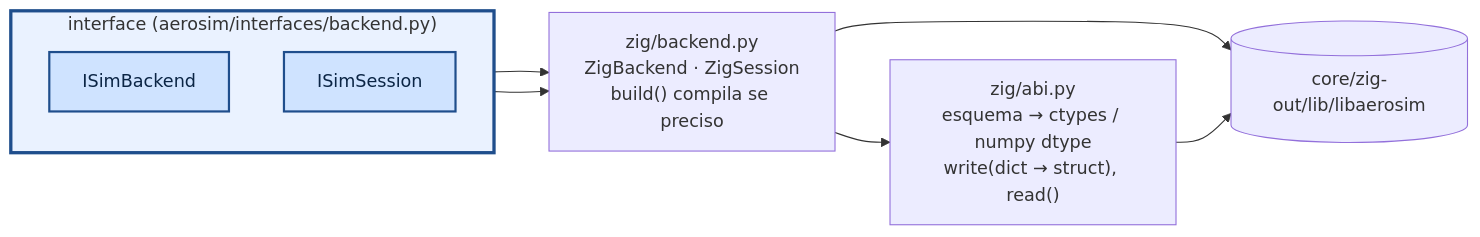
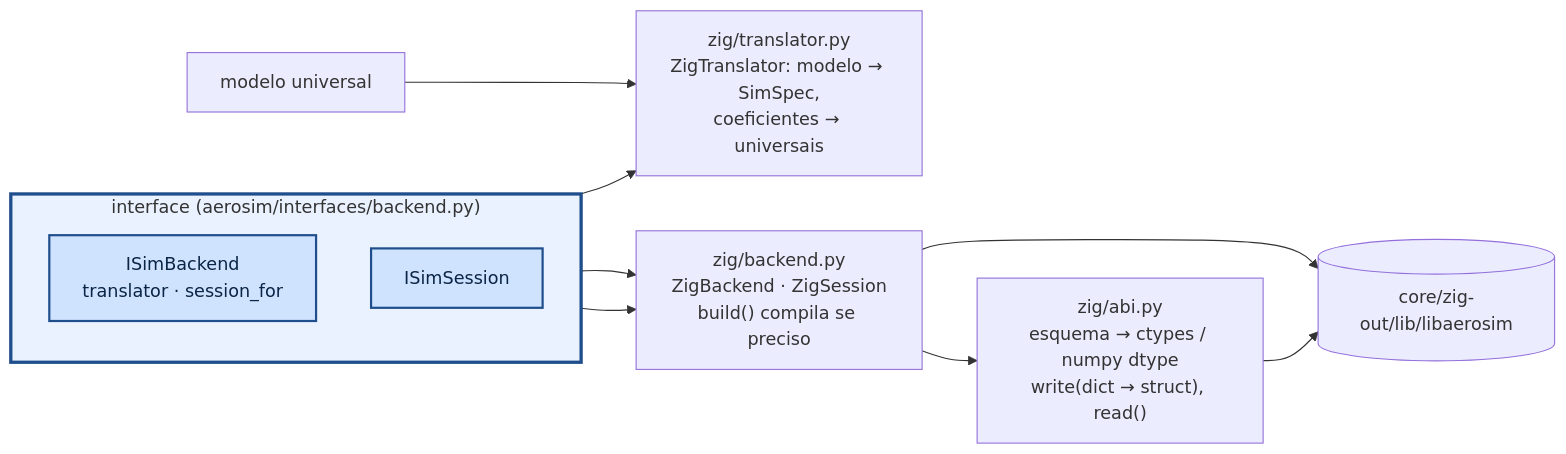
Before and after one commit to vitordallolivo/AircraftSimulation: the diagram in aerosim/backend/README.md, drawn with Mermaid. The commit also changed other lines of this file and 53 other files, not shown here.

First line of the commit message:
Modelo universal único + tradutores por solver (sem duplicação do avião)

````diff
--- a/aerosim/backend/README.md
+++ b/aerosim/backend/README.md
@@ -7,19 +10,21 @@
 ```mermaid
 flowchart LR
     subgraph API["interface (aerosim/interfaces/backend.py)"]
         direction TB
-        IB["ISimBackend"]
+        IB["ISimBackend<br/>translator · session_for"]
         IS["ISimSession"]
     end
+    UM["modelo universal"] --> TR["zig/translator.py<br/>ZigTranslator: modelo → SimSpec,<br/>coeficientes → universais"]
+    IB --> TR
     ZB["zig/backend.py<br/>ZigBackend · ZigSession<br/>build() compila se preciso"]
     ABI["zig/abi.py<br/>esquema → ctypes / numpy dtype<br/>write(dict → struct), read()"]
     LIB[("core/zig-out/lib/libaerosim")]
     IB --> ZB
     IS --> ZB
     ZB --> ABI
     ZB --> LIB
     ABI --> LIB
     classDef iface fill:#cfe3ff,stroke:#1f4e8c,stroke-width:2px,color:#0b2545
     class IB,IS iface
     style API fill:#eaf2ff,stroke:#1f4e8c,stroke-width:3px
 ```
````
